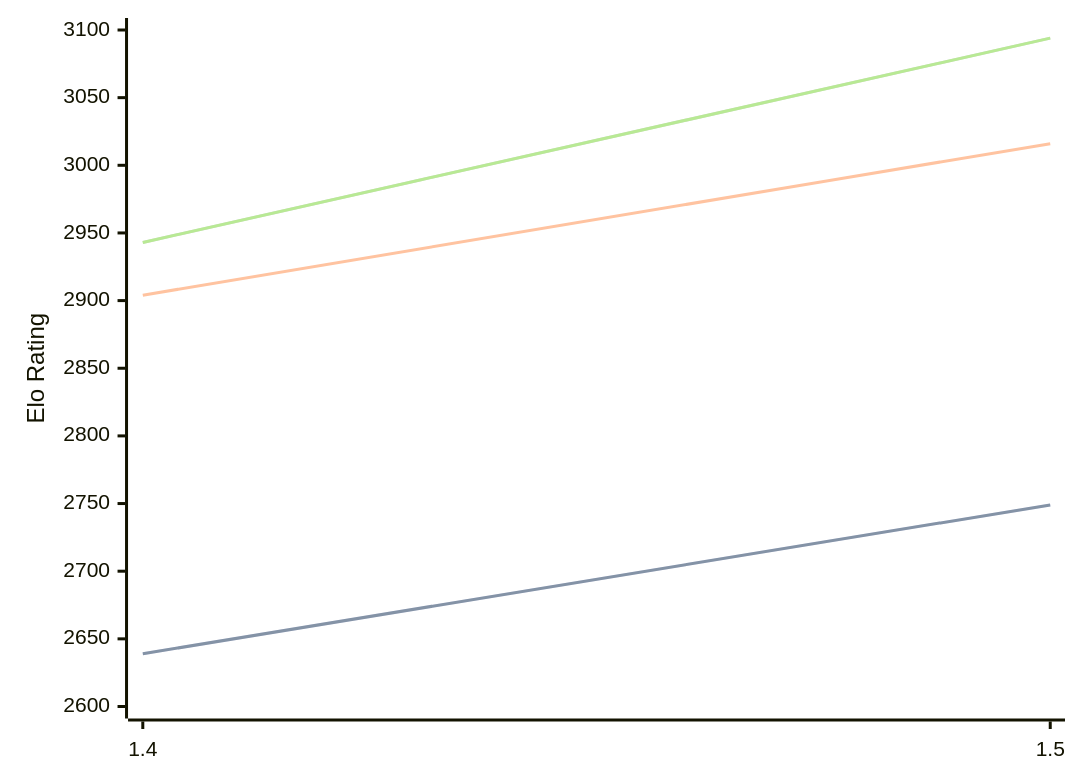
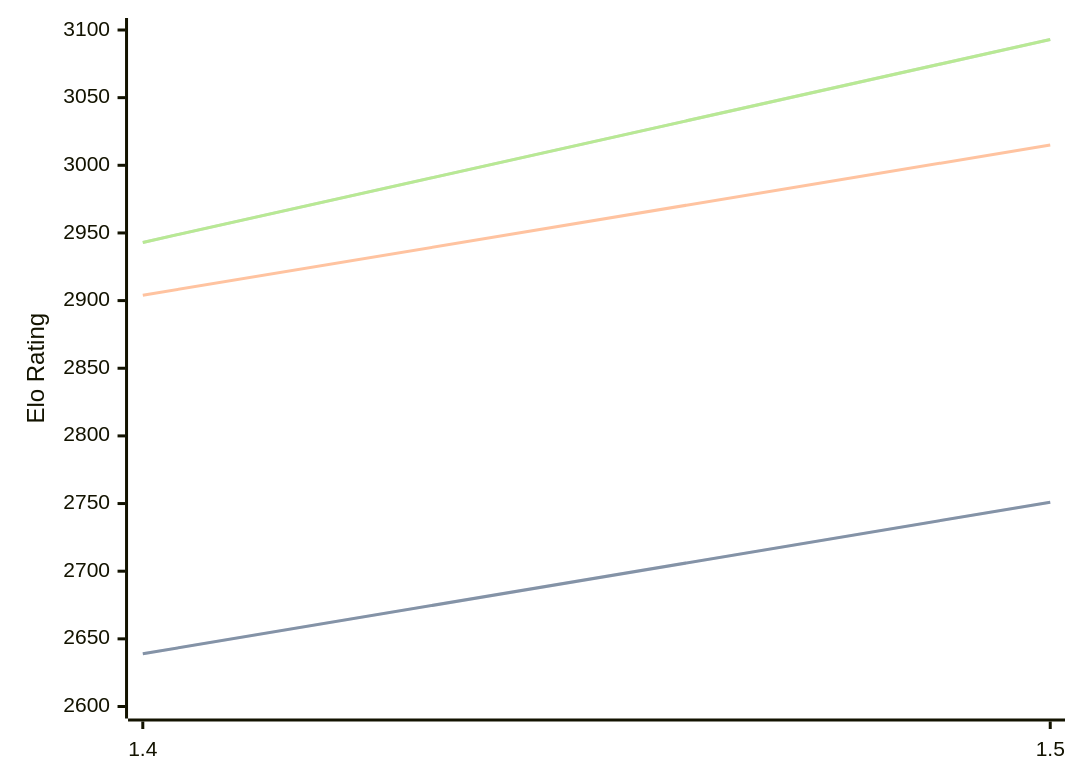
One commit to computer-chess-index/cci changed the diagram in engines/Yakka.md. Above: the diagram before and after it, drawn with Mermaid. The commit also changed other lines of this file, not shown here.

Commit message:
Update CCI Ratings (ELO VLTC) - 2026-06-10

````diff
--- a/engines/Yakka.md
+++ b/engines/Yakka.md
@@ -36,11 +36,11 @@
 ```mermaid
 %%{init: {"theme":"base","themeVariables":{"seriesColors:['#a3a3a3','#222221','#faa371']}}}%%
 xychart-beta
   x-axis ["1.4", "1.5"]
   y-axis "Elo Rating" 2600 --> 3100
-  line "STC (8.0+0.08s)" [2639, 2749]
-  line "STC (8.0+0.08s)" [2639, 2749]
-  line "LTC (60.0+0.60s)" [2904, 3016]
-  line "VLTC (2m24s+1.12s)" [2943, 3094]
-  line "VLTC (2m24s+1.12s)" [2943, 3094]
+  line "STC (8.0+0.08s)" [2639, 2751]
+  line "STC (8.0+0.08s)" [2639, 2751]
+  line "LTC (60.0+0.60s)" [2904, 3015]
+  line "VLTC (2m24s+1.12s)" [2943, 3093]
+  line "VLTC (2m24s+1.12s)" [2943, 3093]
 ```
````
